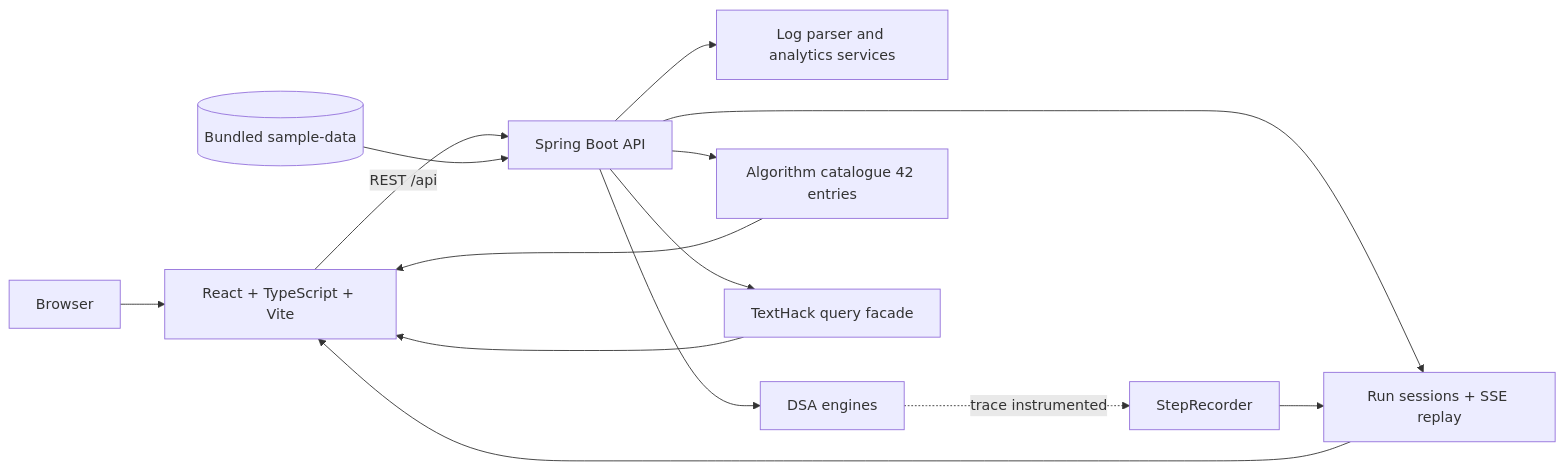
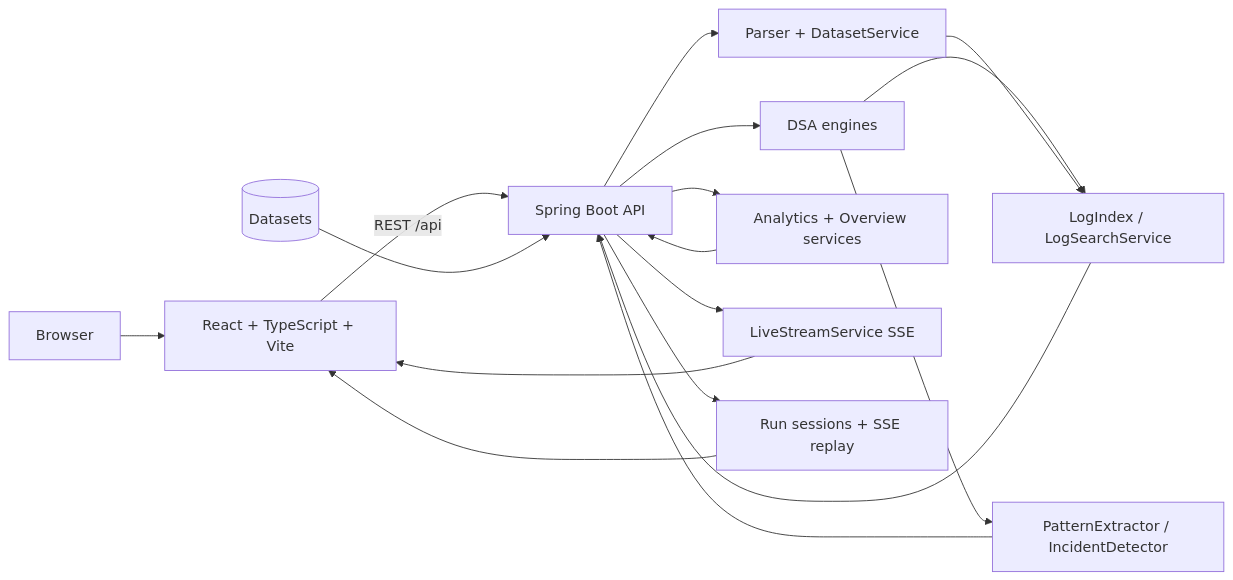
Before and after one commit to karkalashivareddy/KLH_CSE_2026-27_DSA-3_S3_T17_Loginsight-Analyzer: the diagram in README.md, drawn with Mermaid. The commit also changed other lines of this file and 85 other files, not shown here.

````diff
--- a/README.md
+++ b/README.md
@@ -30,16 +42,19 @@
 ```mermaid
 flowchart LR
     U[Browser] --> F[React + TypeScript + Vite]
     F -->|REST /api| B[Spring Boot API]
-    D[(Bundled sample-data)] --> B
-    B --> P[Log parser and analytics services]
+    D[(Datasets)] --> B
+    B --> P[Parser + DatasetService]
     B --> A[DSA engines]
-    A -. trace instrumented .-> R[StepRecorder]
-    B --> C[Algorithm catalogue 42 entries]
-    B --> H[TextHack query facade]
-    B --> S[Run sessions + SSE replay]
-    C --> F
-    H --> F
-    S --> F
-    R --> S
+    A --> I[LogIndex / LogSearchService]
+    A --> E[PatternExtractor / IncidentDetector]
+    B --> O[Analytics + Overview services]
+    B --> L[LiveStreamService SSE]
+    B --> R[Run sessions + SSE replay]
+    P --> I
+    I --> B
+    E --> B
+    O --> B
+    L --> F
+    R --> F
 ```
````
